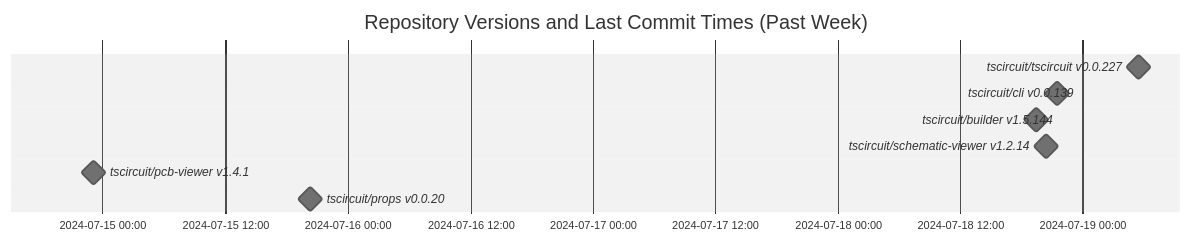
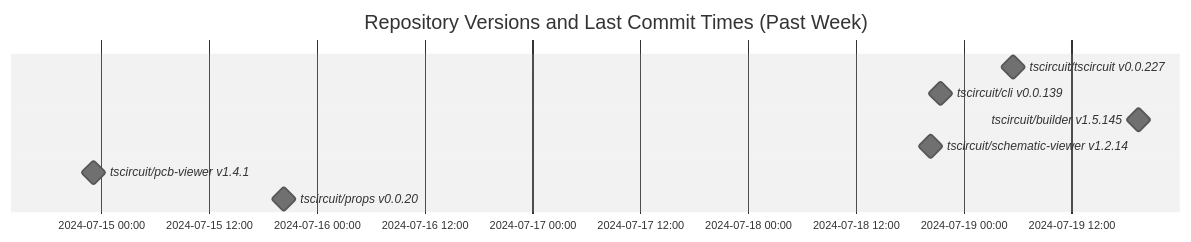
Before and after one commit to tscircuit/version-tracker: the diagram in README.md, drawn with Mermaid (neutral theme).

Commit message:
Update chart

````diff
--- a/README.md
+++ b/README.md
@@ -1,13 +1,13 @@
 ```mermaid
 gantt
   dateFormat  YYYY-MM-DD HH:mm:ss
   title Repository Versions and Last Commit Times (Past Week)
   axisFormat %Y-%m-%d %H:%M
 
   tscircuit/tscircuit v0.0.227 : milestone, 2024-07-19 05:26:54, 1s
   tscircuit/cli v0.0.139 : milestone, 2024-07-18 21:27:51, 1s
-  tscircuit/builder v1.5.144 : milestone, 2024-07-18 19:27:51, 1s
+  tscircuit/builder v1.5.145 : milestone, 2024-07-19 19:27:21, 1s
   tscircuit/schematic-viewer v1.2.14 : milestone, 2024-07-18 20:20:40, 1s
   tscircuit/pcb-viewer v1.4.1 : milestone, 2024-07-14 23:05:20, 1s
   tscircuit/props v0.0.20 : milestone, 2024-07-15 20:19:59, 1s
 ```
````
